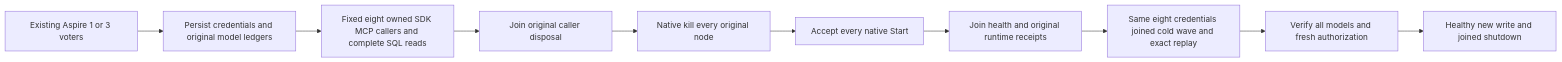
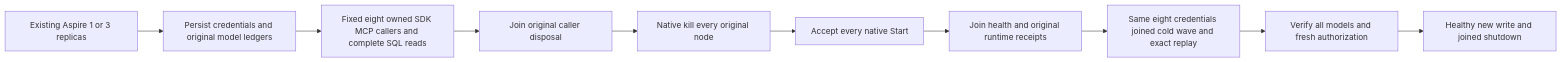
The diagram in docs/Features/DatabaseComposition/FunctionalDatabaseColdReopen.md (managedcode/KeyLoad), drawn with Mermaid before and after one commit. The commit also changed other lines of this file and 7356 other files, not shown here.

````diff
--- a/docs/Features/DatabaseComposition/FunctionalDatabaseColdReopen.md
+++ b/docs/Features/DatabaseComposition/FunctionalDatabaseColdReopen.md
@@ -231,12 +168,12 @@
 ```mermaid
 flowchart LR
-    A[Existing Aspire 1 or 3 voters] --> B[Persist credentials and original model ledgers]
+    A[Existing Aspire 1 or 3 replicas] --> B[Persist credentials and original model ledgers]
     B --> C[Fixed eight owned SDK MCP callers and complete SQL reads]
     C --> D[Join original caller disposal]
     D --> E[Native kill every original node]
     E --> F[Accept every native Start]
     F --> G[Join health and original runtime receipts]
     G --> H[Same eight credentials joined cold wave and exact replay]
     H --> I[Verify all models and fresh authorization]
     I --> J[Healthy new write and joined shutdown]
 ```
````
